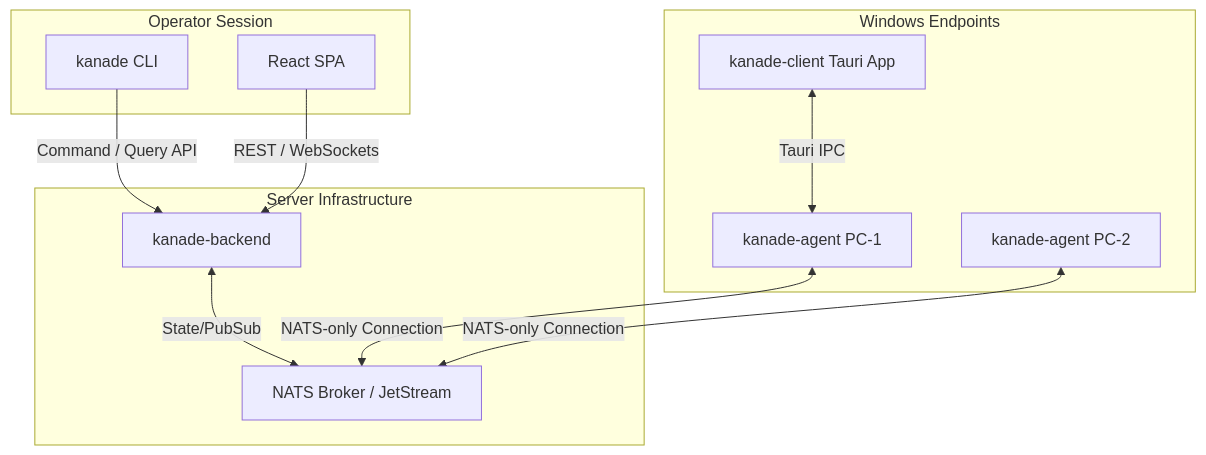
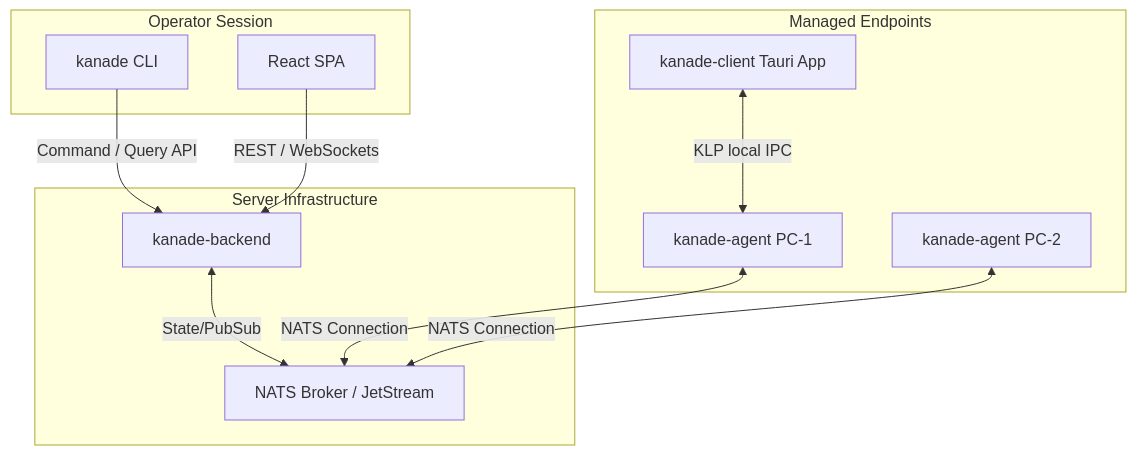
Before and after one commit to kanadehq/kanade: the diagram in book/src/getting-started/architecture.md, drawn with Mermaid. The commit also changed other lines of this file and 61 other files, not shown here.

````diff
--- a/book/src/getting-started/architecture.md
+++ b/book/src/getting-started/architecture.md
@@ -9,25 +10,25 @@
 ```mermaid
 graph TD
     subgraph Operator Session
         CLI[kanade CLI]
         SPA[React SPA]
     end
 
     subgraph Server Infrastructure
         Backend[kanade-backend]
         NATS[NATS Broker / JetStream]
     end
 
-    subgraph Windows Endpoints
+    subgraph Managed Endpoints
         Agent1[kanade-agent PC-1]
         Agent2[kanade-agent PC-2]
         Client[kanade-client Tauri App]
     end
 
     CLI -->|Command / Query API| Backend
     SPA -->|REST / WebSockets| Backend
     Backend <-->|State/PubSub| NATS
-    Agent1 <-->|NATS-only Connection| NATS
-    Agent2 <-->|NATS-only Connection| NATS
-    Client <-->|Tauri IPC| Agent1
+    Agent1 <-->|NATS Connection| NATS
+    Agent2 <-->|NATS Connection| NATS
+    Client <-->|KLP local IPC| Agent1
 ```
````
